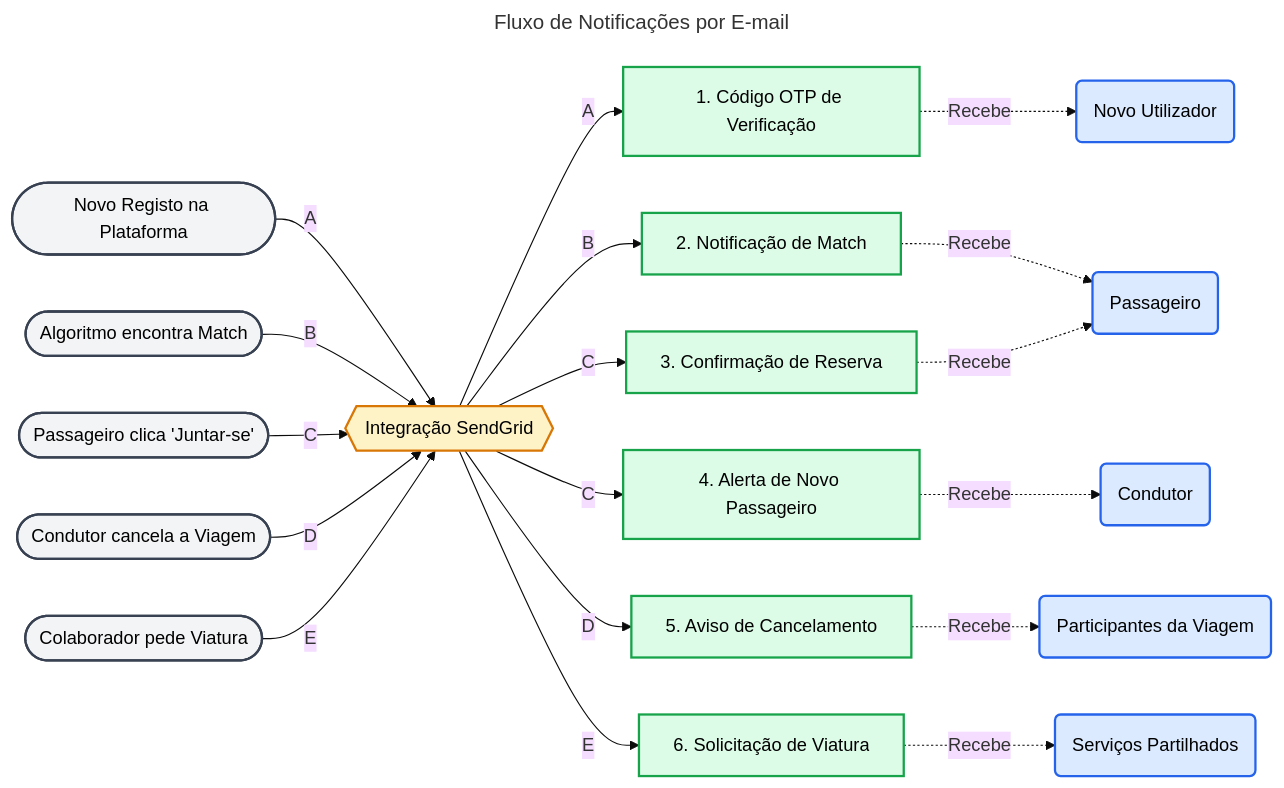
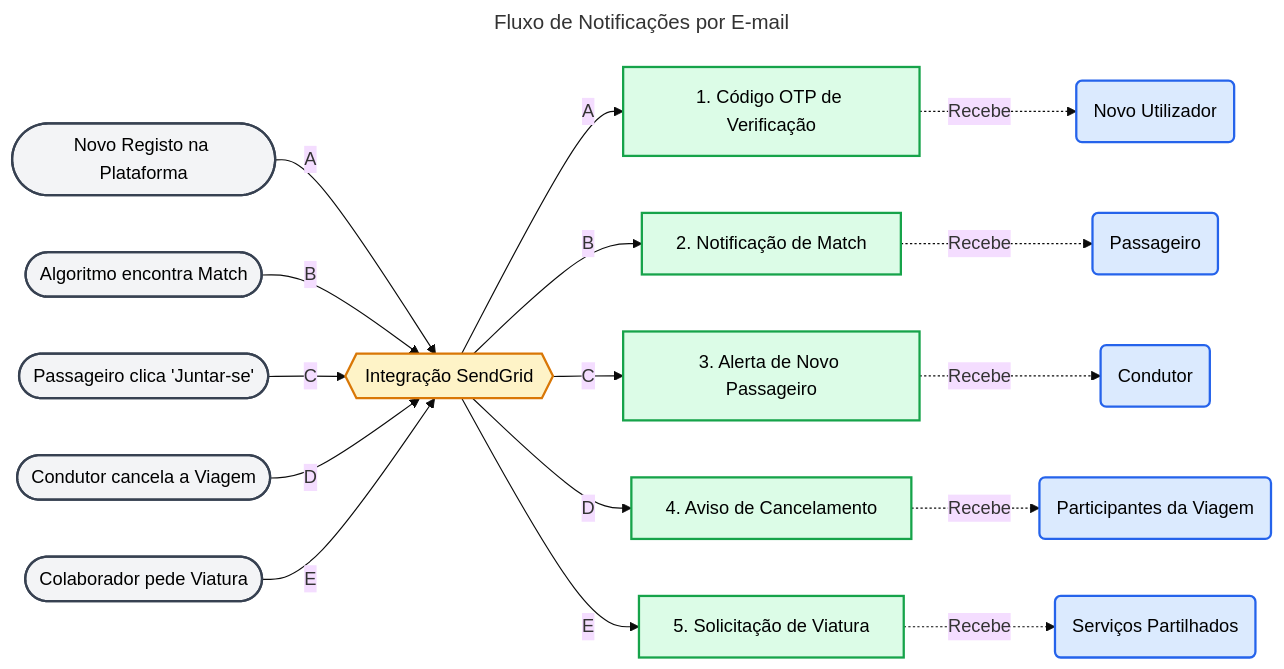
The diagram in Documentation/Diagramas/fluxo-email.md (joaosantos1231209/Road-Buddies), drawn with Mermaid (base theme) before and after one commit. The commit also changed 2 other files, not shown here.

Commit message:
Fluxos E-mail atualizados

````diff
--- a/Documentation/Diagramas/fluxo-email.md
+++ b/Documentation/Diagramas/fluxo-email.md
@@ -1,61 +1,59 @@
 ```mermaid
 ---
 title: Fluxo de Notificações por E-mail
 ---
 graph LR
     %% 1. ESTILOS
     classDef gatilho fill:#f3f4f6,stroke:#374151,stroke-width:2px,color:#000
     classDef api fill:#fef3c7,stroke:#d97706,stroke-width:2px,color:#000
     classDef email fill:#dcfce7,stroke:#16a34a,stroke-width:2px,color:#000
     classDef user fill:#dbeafe,stroke:#2563eb,stroke-width:2px,color:#000
 
     %% 2. GATILHOS (O que acontece na App)
     G1([Novo Registo na Plataforma])
     G2([Algoritmo encontra Match])
     G3([Passageiro clica 'Juntar-se'])
     G4([Condutor cancela a Viagem])
     G5([Colaborador pede Viatura])
 
     %% 3. MOTOR
     API{{Integração SendGrid}}
 
     %% 4. TIPOS DE E-MAIL
     M1[1. Código OTP de Verificação]
     M2[2. Notificação de Match]
-    M3[3. Confirmação de Reserva]
-    M4[4. Alerta de Novo Passageiro]
-    M5[5. Aviso de Cancelamento]
-    M6[6. Solicitação de Viatura]
+    M4[3. Alerta de Novo Passageiro]
+    M5[4. Aviso de Cancelamento]
+    M6[5. Solicitação de Viatura]
 
     %% 5. DESTINATÁRIOS
     U1(Novo Utilizador)
     U2(Passageiro)
     U3(Condutor)
     U4(Participantes da Viagem)
     U5(Serviços Partilhados)
 
     %% 6. O FLUXO LÓGICO COM IDENTIFICADORES (A, B, C, D, E)
     G1 -->|A| API
     API -->|A| M1 -.->|Recebe| U1
     
     G2 -->|B| API
     API -->|B| M2 -.->|Recebe| U2
     
     %% O fluxo C divide-se em dois e-mails
     G3 -->|C| API
-    API -->|C| M3 -.->|Recebe| U2
     API -->|C| M4 -.->|Recebe| U3
     
     G4 -->|D| API
     API -->|D| M5 -.->|Recebe| U4
     
     %% O novo fluxo E
     G5 -->|E| API
     API -->|E| M6 -.->|Recebe| U5
 
     %% 7. APLICAR CORES
     class G1,G2,G3,G4,G5 gatilho;
     class API api;
-    class M1,M2,M3,M4,M5,M6 email;
+    class M1,M2,M4,M5,M6 email;
     class U1,U2,U3,U4,U5 user;
 ```
````
